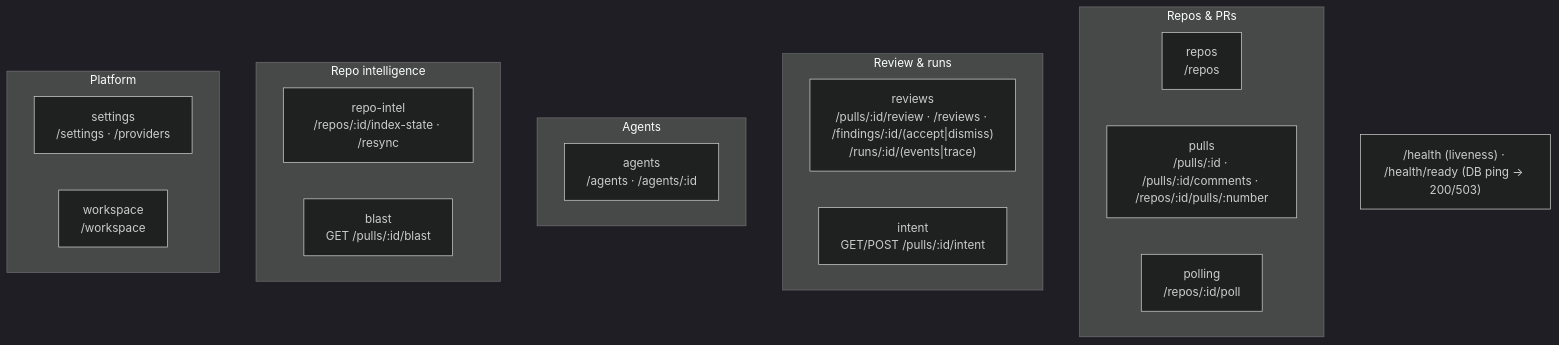
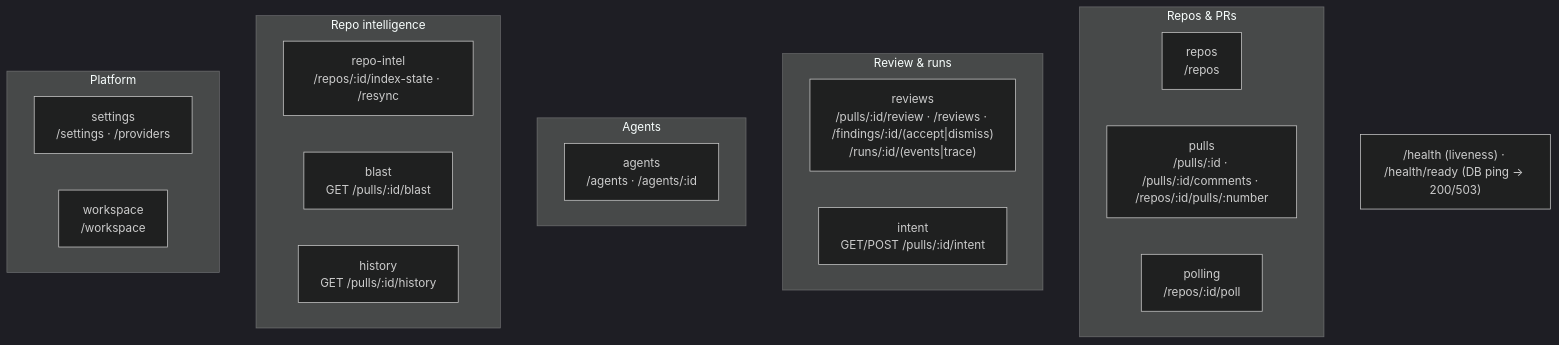
Before and after one commit to BalakaMd/dev-digest: the second of 2 diagrams in server/README.md, drawn with Mermaid (dark theme). The commit also changed 48 other files, not shown here.

````diff
--- a/server/README.md
+++ b/server/README.md
@@ -64,24 +64,25 @@
 ```mermaid
 flowchart TB
   subgraph Repos_PRs["Repos & PRs"]
     repos["repos<br/>/repos"]
     pulls["pulls<br/>/pulls/:id · /pulls/:id/comments · /repos/:id/pulls/:number"]
     polling["polling<br/>/repos/:id/poll"]
   end
   subgraph Review["Review & runs"]
     reviews["reviews<br/>/pulls/:id/review · /reviews · /findings/:id/(accept|dismiss)<br/>/runs/:id/(events|trace)"]
     intent["intent<br/>GET/POST /pulls/:id/intent"]
   end
   subgraph Agents["Agents"]
     agents["agents<br/>/agents · /agents/:id"]
   end
   subgraph Intel["Repo intelligence"]
     repoIntel["repo-intel<br/>/repos/:id/index-state · /resync"]
     blast["blast<br/>GET /pulls/:id/blast"]
+    history["history<br/>GET /pulls/:id/history"]
   end
   subgraph Platform["Platform"]
     settings["settings<br/>/settings · /providers"]
     workspace["workspace<br/>/workspace"]
   end
   HEALTH["/health (liveness) · /health/ready (DB ping → 200/503)"]
 ```
````
